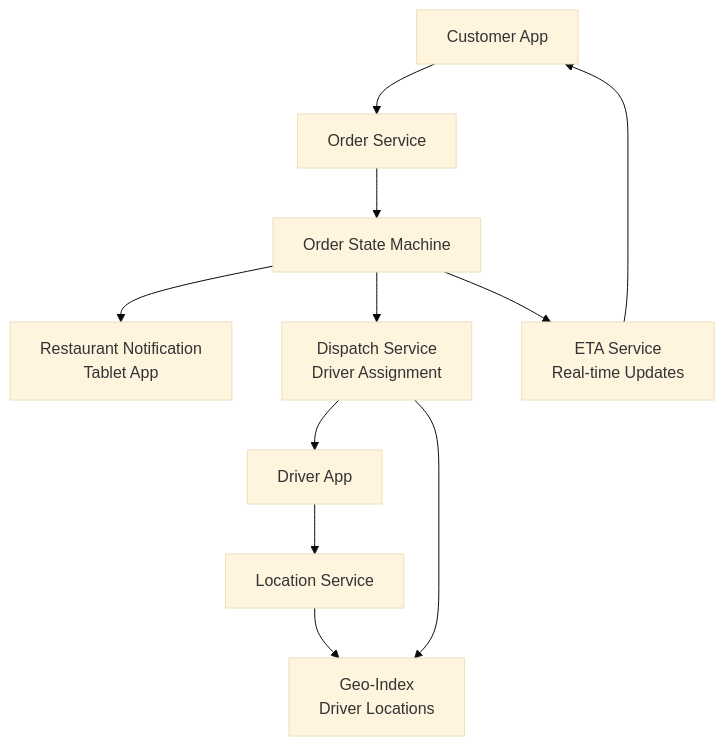
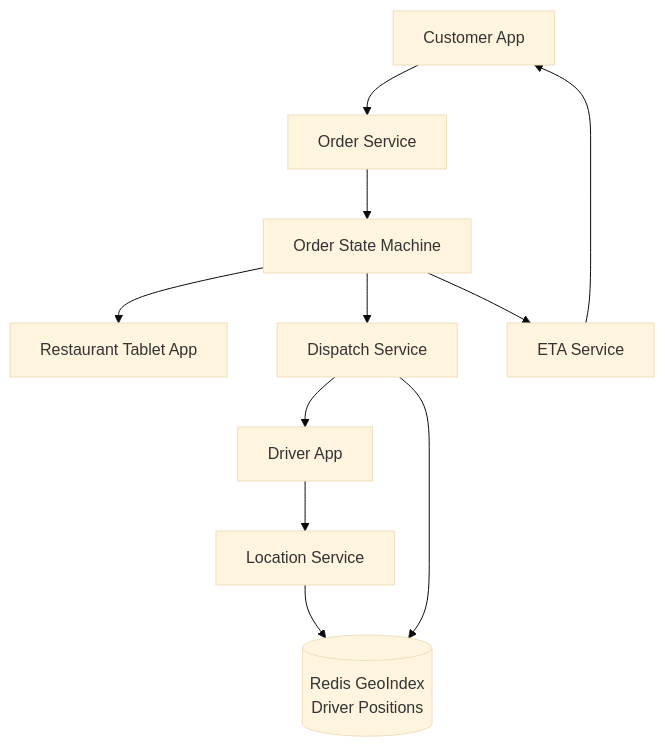
One commit to gauravprwl14/system-design-course changed the first of 3 diagrams in docs-site/content/16-system-design-problems/04-reservation-scheduling/food-delivery.md. Above: the diagram before and after it, drawn with Mermaid (base theme). The commit also changed other lines of this file and 19 other files, not shown here.

````diff
--- a/docs-site/content/16-system-design-problems/04-reservation-scheduling/food-delivery.md
+++ b/docs-site/content/16-system-design-problems/04-reservation-scheduling/food-delivery.md
@@ -70,13 +52,13 @@
 ```mermaid
 graph TD
     Customer[Customer App] --> OrderSvc[Order Service]
     OrderSvc --> StateMachine[Order State Machine]
-    StateMachine --> RestNotify[Restaurant Notification\nTablet App]
-    StateMachine --> DispatchSvc[Dispatch Service\nDriver Assignment]
+    StateMachine --> RestNotify[Restaurant Tablet App]
+    StateMachine --> DispatchSvc[Dispatch Service]
     DriverApp[Driver App] --> LocationSvc[Location Service]
-    LocationSvc --> GeoIndex[Geo-Index\nDriver Locations]
+    LocationSvc --> GeoIndex[(Redis GeoIndex\nDriver Positions)]
     DispatchSvc --> GeoIndex
     DispatchSvc --> DriverApp
-    StateMachine --> ETASvc[ETA Service\nReal-time Updates]
+    StateMachine --> ETASvc[ETA Service]
     ETASvc --> Customer
 ```
````
